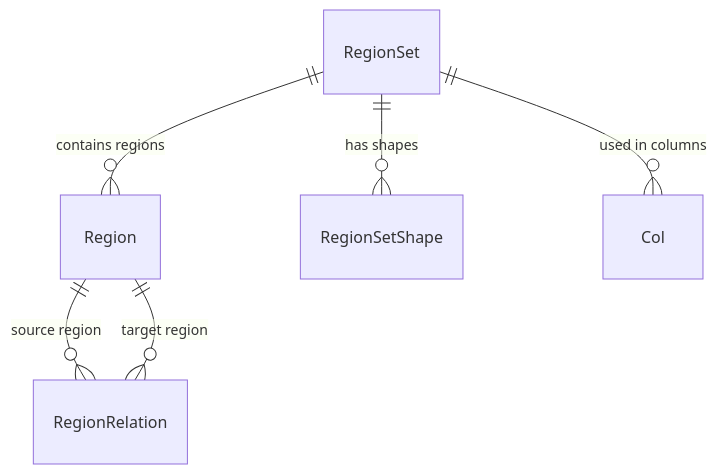
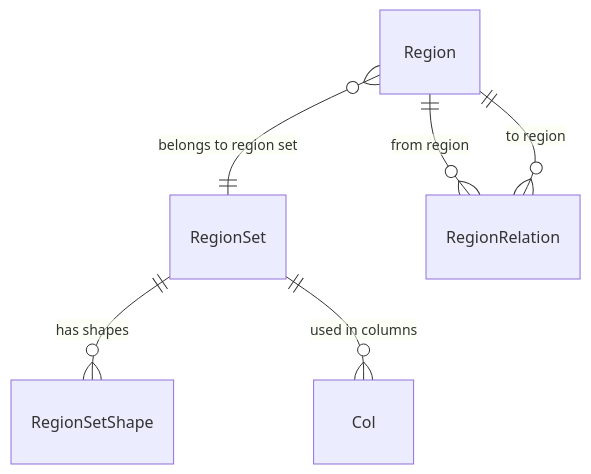
The fifth of 7 diagrams in docs/casedb/case_models_erd.md (RIVM-bioinformatics/gen-epix-api), drawn with Mermaid before and after one commit. The commit also changed other lines of this file, not shown here.

Commit message:
fix(doc): correcting some diagrams with many-to-many relationships, correcting relation names etc.

````diff
--- a/docs/casedb/case_models_erd.md
+++ b/docs/casedb/case_models_erd.md
@@ -72,10 +77,10 @@
 ```mermaid
 erDiagram
-    RegionSet ||--o{ Region : "contains regions"
+    Region }o--|| RegionSet : "belongs to region set"
     RegionSet ||--o{ RegionSetShape : "has shapes"
     
-    Region ||--o{ RegionRelation : "source region"
-    Region ||--o{ RegionRelation : "target region"
+    Region ||--o{ RegionRelation : "from region"
+    Region ||--o{ RegionRelation : "to region"
     
     RegionSet ||--o{ Col : "used in columns"
 ```
````
